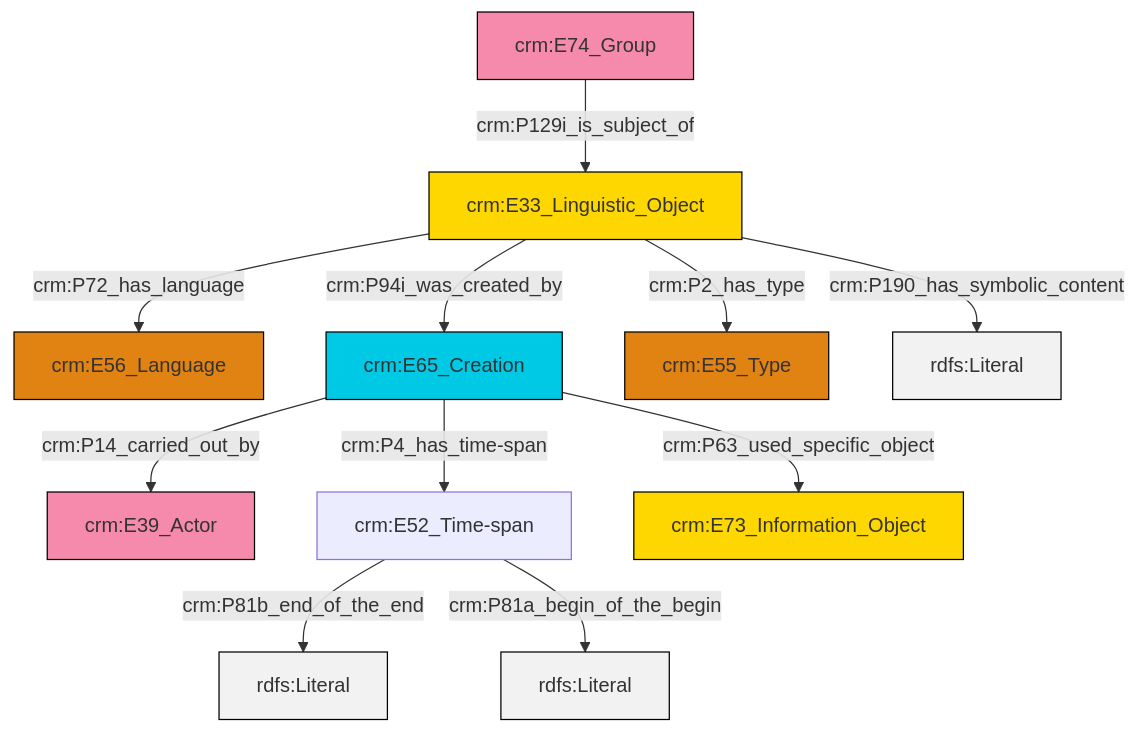
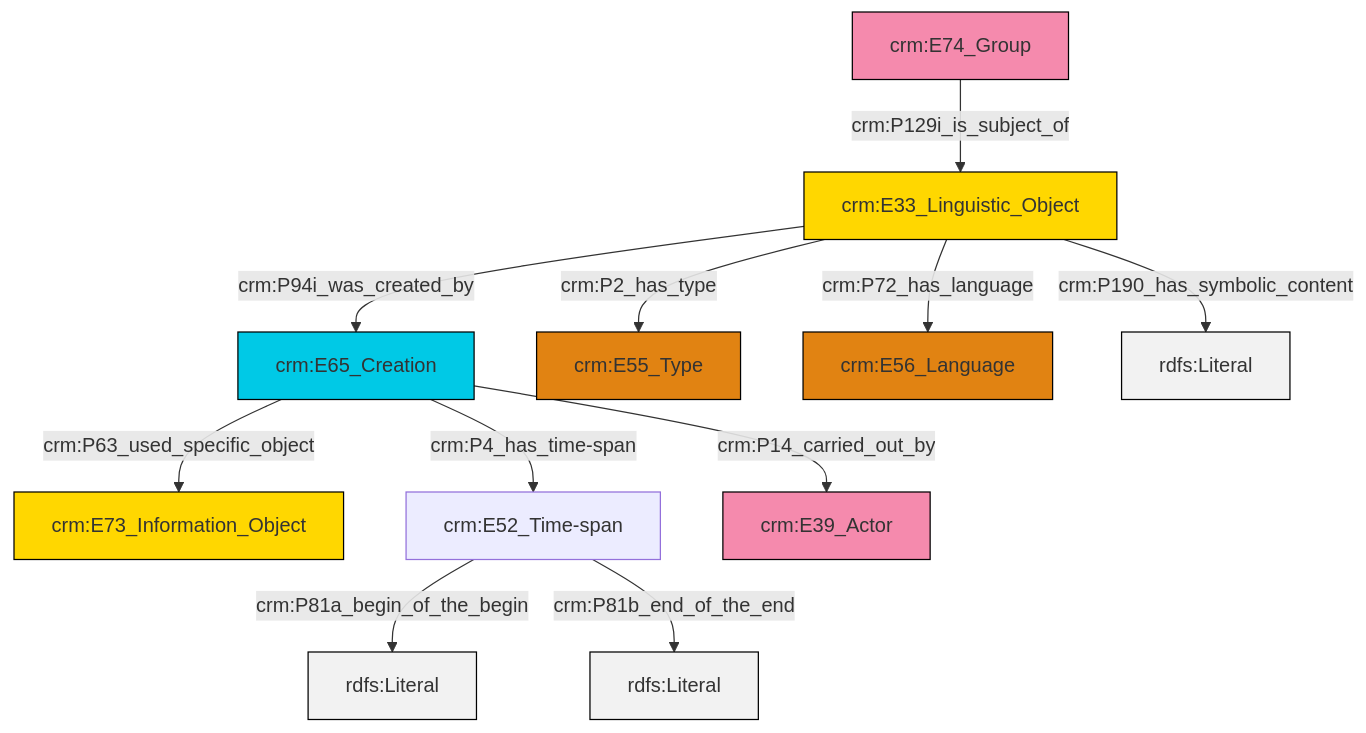
The diagram in et/groupCSV/ttl/mmd/group_description.ttl.mmd (swiss-art-research-net/docs.swissartresearch), drawn with Mermaid before and after one commit. The commit also changed 179 other files, not shown here.

```diff
--- a/et/groupCSV/ttl/mmd/group_description.ttl.mmd
+++ b/et/groupCSV/ttl/mmd/group_description.ttl.mmd
@@ -1,25 +1,25 @@
 graph TD
 classDef Literal fill:#f2f2f2,stroke:#000000;
 classDef CRM_Entity fill:#FFFFFF,stroke:#000000;
 classDef Temporal_Entity fill:#00C9E6, stroke:#000000;
 classDef Type fill:#E18312, stroke:#000000;
 classDef Time-Span fill:#2C9C91, stroke:#000000;
 classDef Appellation fill:#FFEB7F, stroke:#000000;
 classDef Place fill:#008836, stroke:#000000;
 classDef Persistent_Item fill:#B266B2, stroke:#000000;
 classDef Conceptual_Object fill:#FFD700, stroke:#000000;
 classDef Physical_Thing fill:#D2B48C, stroke:#000000;
 classDef Actor fill:#f58aad, stroke:#000000;
 classDef PC_Classes fill:#4ce600, stroke:#000000;
 classDef Multi fill:#cccccc,stroke:#000000;
 
-2["crm:E33_Linguistic_Object"]:::Conceptual_Object -->|crm:P72_has_language| 3["crm:E56_Language"]:::Type
-0["crm:E74_Group"]:::Actor -->|crm:P129i_is_subject_of| 2["crm:E33_Linguistic_Object"]:::Conceptual_Object
-4["crm:E65_Creation"]:::Temporal_Entity -->|crm:P14_carried_out_by| 5["crm:E39_Actor"]:::Actor
-2["crm:E33_Linguistic_Object"]:::Conceptual_Object -->|crm:P2_has_type| 6["crm:E55_Type"]:::Type
-2["crm:E33_Linguistic_Object"]:::Conceptual_Object -->|crm:P94i_was_created_by| 4["crm:E65_Creation"]:::Temporal_Entity
-4["crm:E65_Creation"]:::Temporal_Entity -->|crm:P4_has_time-span| 10["crm:E52_Time-span"]:::Default
-10["crm:E52_Time-span"]:::Default -->|crm:P81b_end_of_the_end| 11[rdfs:Literal]:::Literal
-4["crm:E65_Creation"]:::Temporal_Entity -->|crm:P63_used_specific_object| 14["crm:E73_Information_Object"]:::Conceptual_Object
-10["crm:E52_Time-span"]:::Default -->|crm:P81a_begin_of_the_begin| 15[rdfs:Literal]:::Literal
-2["crm:E33_Linguistic_Object"]:::Conceptual_Object -->|crm:P190_has_symbolic_content| 16[rdfs:Literal]:::Literal
+0["crm:E33_Linguistic_Object"]:::Conceptual_Object -->|crm:P94i_was_created_by| 1["crm:E65_Creation"]:::Temporal_Entity
+0["crm:E33_Linguistic_Object"]:::Conceptual_Object -->|crm:P2_has_type| 2["crm:E55_Type"]:::Type
+1["crm:E65_Creation"]:::Temporal_Entity -->|crm:P63_used_specific_object| 6["crm:E73_Information_Object"]:::Conceptual_Object
+0["crm:E33_Linguistic_Object"]:::Conceptual_Object -->|crm:P190_has_symbolic_content| 9[rdfs:Literal]:::Literal
+1["crm:E65_Creation"]:::Temporal_Entity -->|crm:P4_has_time-span| 10["crm:E52_Time-span"]:::Default
+0["crm:E33_Linguistic_Object"]:::Conceptual_Object -->|crm:P72_has_language| 3["crm:E56_Language"]:::Type
+10["crm:E52_Time-span"]:::Default -->|crm:P81a_begin_of_the_begin| 14[rdfs:Literal]:::Literal
+1["crm:E65_Creation"]:::Temporal_Entity -->|crm:P14_carried_out_by| 15["crm:E39_Actor"]:::Actor
+10["crm:E52_Time-span"]:::Default -->|crm:P81b_end_of_the_end| 16[rdfs:Literal]:::Literal
+11["crm:E74_Group"]:::Actor -->|crm:P129i_is_subject_of| 0["crm:E33_Linguistic_Object"]:::Conceptual_Object
```
